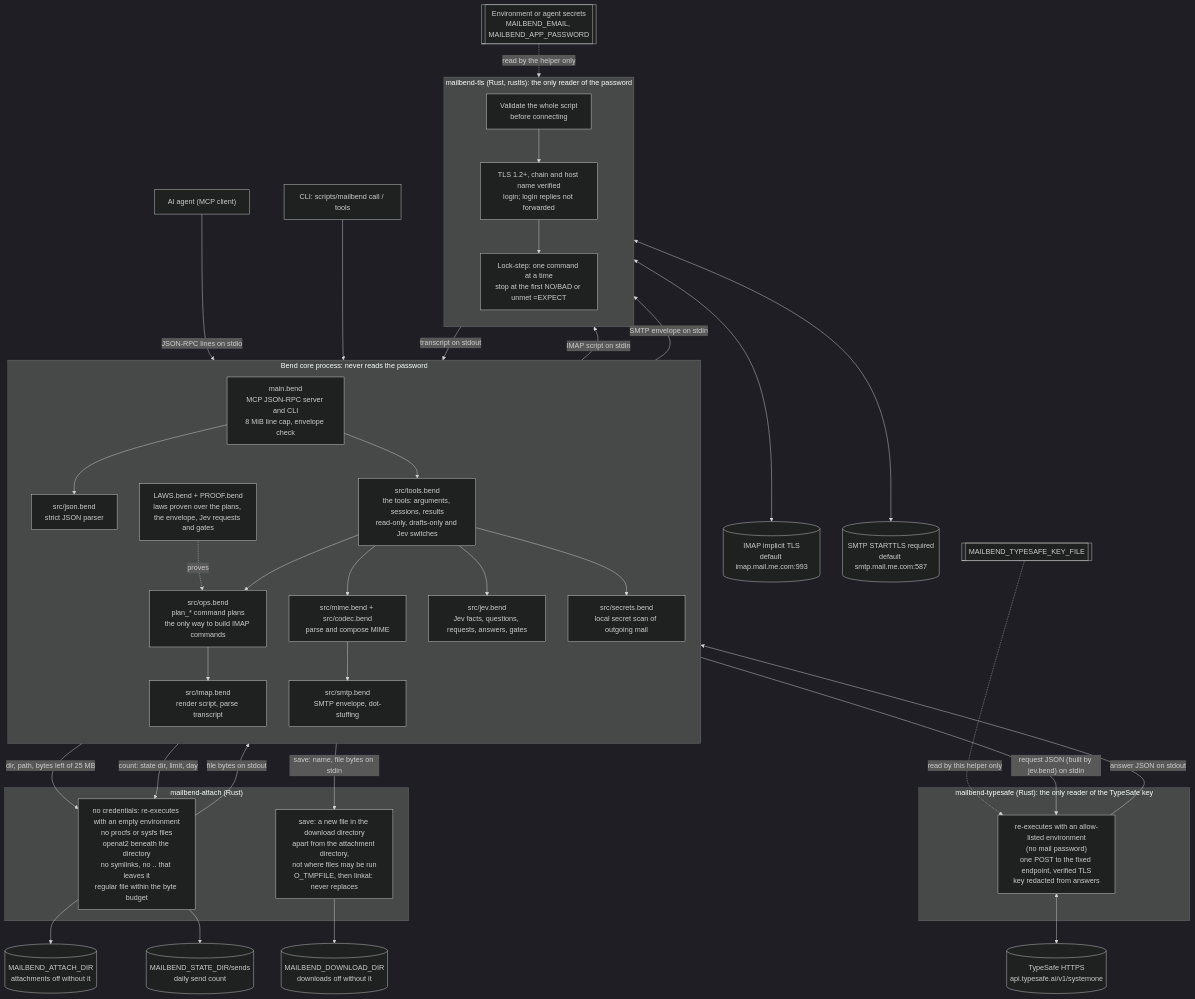
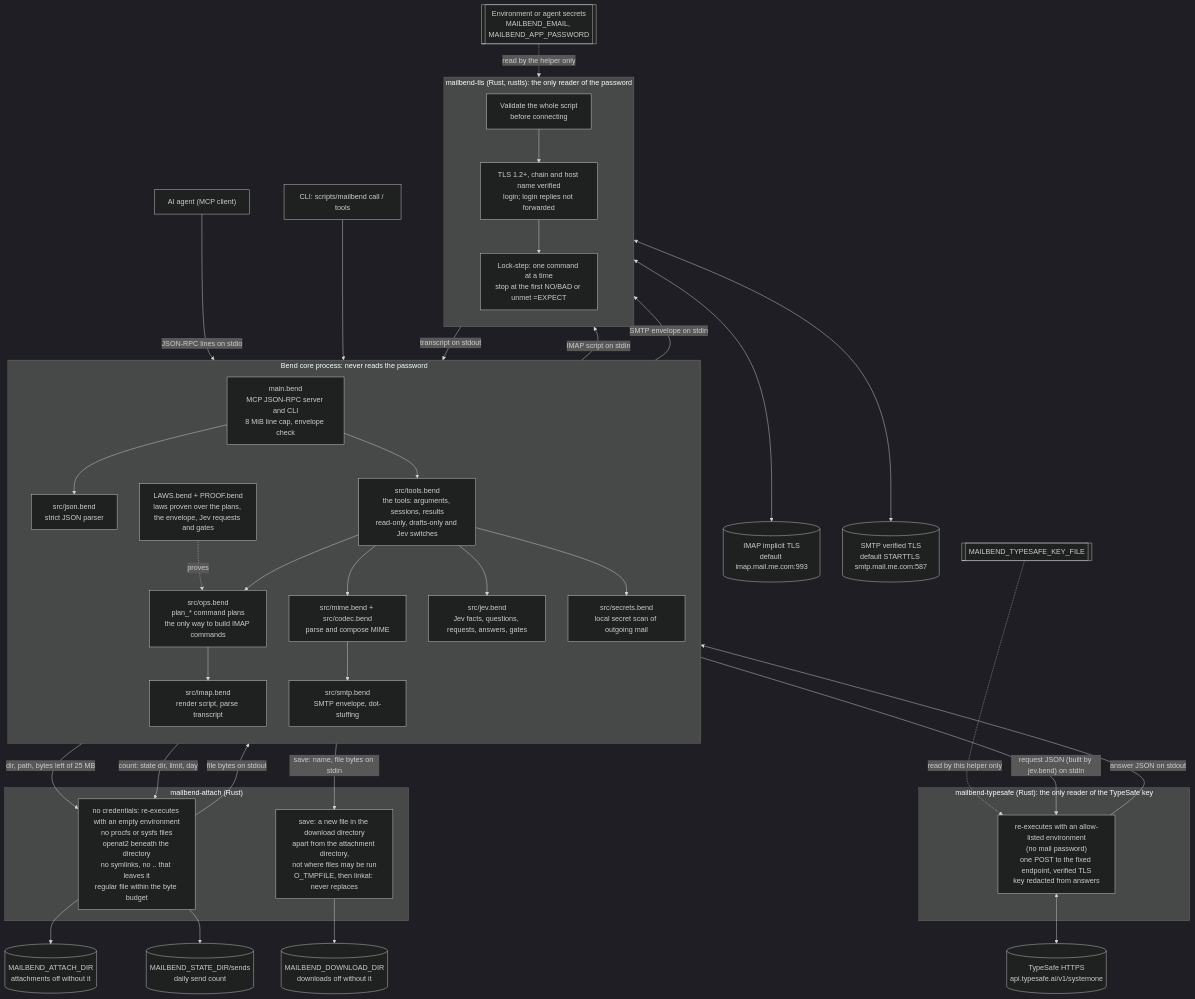
Before and after one commit to albertc71/MailBend: the first of 4 diagrams in docs/ARCHITECTURE.md, drawn with Mermaid (dark theme). The commit also changed other lines of this file and 22 other files, not shown here.

First line of the commit message:
feat(smtp): support explicit verified implicit TLS (#38)

````diff
--- a/docs/ARCHITECTURE.md
+++ b/docs/ARCHITECTURE.md
@@ -31,75 +33,75 @@
 ```mermaid
 flowchart TB
   agent["AI agent (MCP client)"]
   cli["CLI: scripts/mailbend call / tools"]
   env[["Environment or agent secrets<br/>MAILBEND_EMAIL, MAILBEND_APP_PASSWORD"]]
 
   subgraph core["Bend core process: never reads the password"]
     direction TB
     main["main.bend<br/>MCP JSON-RPC server and CLI<br/>8 MiB line cap, envelope check"]
     json["src/json.bend<br/>strict JSON parser"]
     tools["src/tools.bend<br/>the tools: arguments, sessions, results<br/>read-only, drafts-only and Jev switches"]
     ops["src/ops.bend<br/>plan_* command plans<br/>the only way to build IMAP commands"]
     laws["LAWS.bend + PROOF.bend<br/>laws proven over the plans, the envelope, Jev requests and gates"]
     imap["src/imap.bend<br/>render script, parse transcript"]
     mime["src/mime.bend + src/codec.bend<br/>parse and compose MIME"]
     smtp["src/smtp.bend<br/>SMTP envelope, dot-stuffing"]
     jevb["src/jev.bend<br/>Jev facts, questions, requests, answers, gates"]
     secrets["src/secrets.bend<br/>local secret scan of outgoing mail"]
   end
 
   subgraph helper["mailbend-tls (Rust, rustls): the only reader of the password"]
     direction TB
     validate["Validate the whole script<br/>before connecting"]
     tls["TLS 1.2+, chain and host name verified<br/>login; login replies not forwarded"]
     lock["Lock-step: one command at a time<br/>stop at the first NO/BAD or unmet =EXPECT"]
   end
 
   subgraph reader["mailbend-attach (Rust)"]
     attach["no credentials: re-executes with an empty environment<br/>no procfs or sysfs files<br/>openat2 beneath the directory<br/>no symlinks, no .. that leaves it<br/>regular file within the byte budget"]
     save["save: a new file in the download directory<br/>apart from the attachment directory,<br/>not where files may be run<br/>O_TMPFILE, then linkat: never replaces"]
   end
 
   subgraph typesafe["mailbend-typesafe (Rust): the only reader of the TypeSafe key"]
     ask["re-executes with an allow-listed environment<br/>(no mail password)<br/>one POST to the fixed endpoint, verified TLS<br/>key redacted from answers"]
   end
 
   imapsrv[("IMAP implicit TLS<br/>default imap.mail.me.com:993")]
-  smtpsrv[("SMTP STARTTLS required<br/>default smtp.mail.me.com:587")]
+  smtpsrv[("SMTP verified TLS<br/>default STARTTLS smtp.mail.me.com:587")]
   files[("MAILBEND_ATTACH_DIR<br/>attachments off without it")]
   sends[("MAILBEND_STATE_DIR/sends<br/>daily send count")]
   downloads[("MAILBEND_DOWNLOAD_DIR<br/>downloads off without it")]
   tsapi[("TypeSafe HTTPS<br/>api.typesafe.ai/v1/systemone")]
   tskey[["MAILBEND_TYPESAFE_KEY_FILE"]]
 
   agent -- "JSON-RPC lines on stdio" --> main
   cli --> main
   main --> json
   main --> tools
   tools --> ops
   laws -. "proves" .-> ops
   ops --> imap
   tools --> mime
   mime --> smtp
   imap -- "IMAP script on stdin" --> validate
   smtp -- "SMTP envelope on stdin" --> validate
   validate --> tls
   tls --> lock
   lock <--> imapsrv
   lock <--> smtpsrv
   lock -- "transcript on stdout" --> imap
   tools -- "dir, path, bytes left of 25 MB" --> attach
   attach --> files
   attach -- "file bytes on stdout" --> tools
   tools -- "count: state dir, limit, day" --> attach
   attach --> sends
   tools -- "save: name, file bytes on stdin" --> save
   save --> downloads
   tools --> jevb
   tools --> secrets
   tools -- "request JSON (built by jev.bend) on stdin" --> ask
   ask -- "answer JSON on stdout" --> tools
   ask <--> tsapi
   env -. "read by the helper only" .-> tls
   tskey -. "read by this helper only" .-> ask
 ```
````
